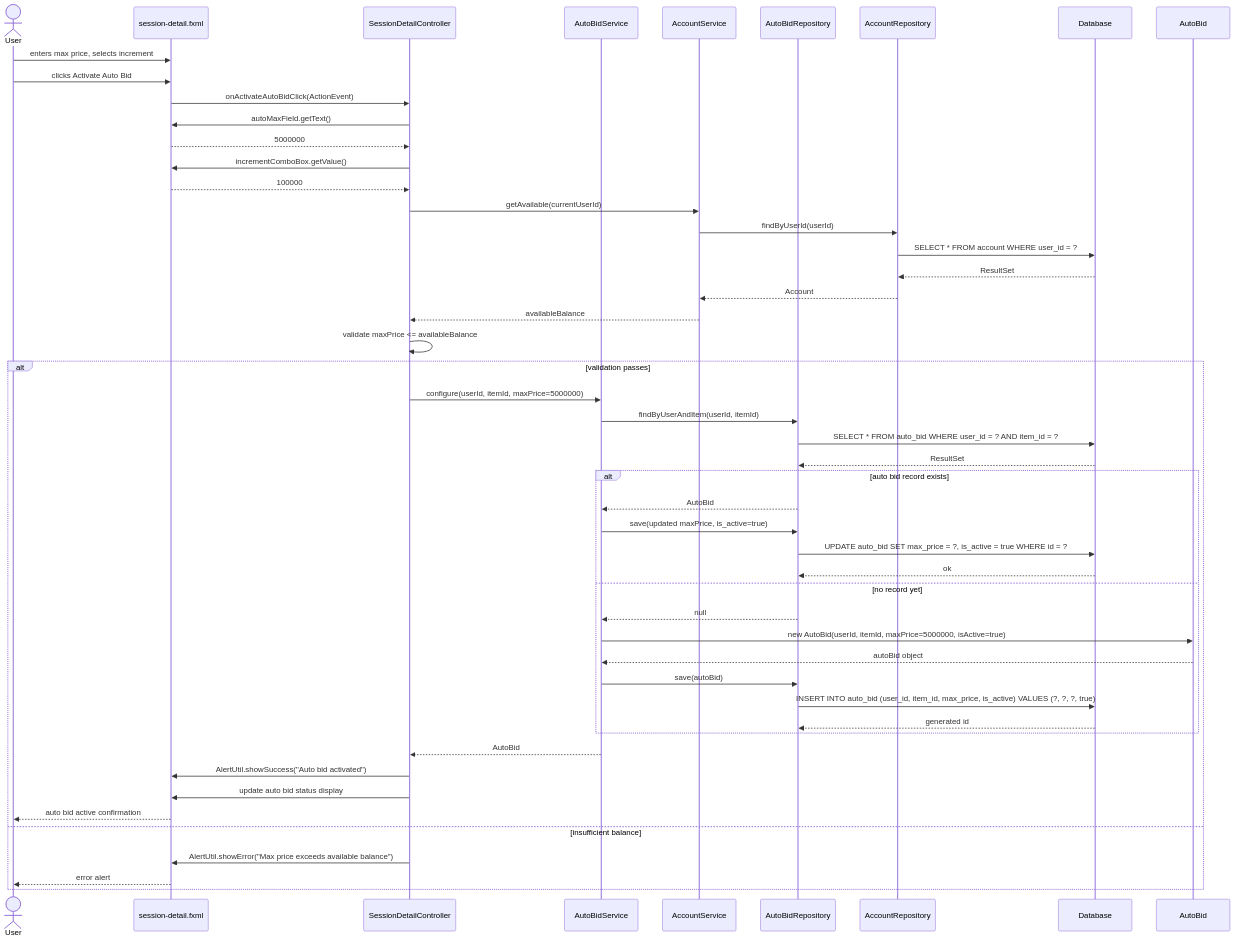
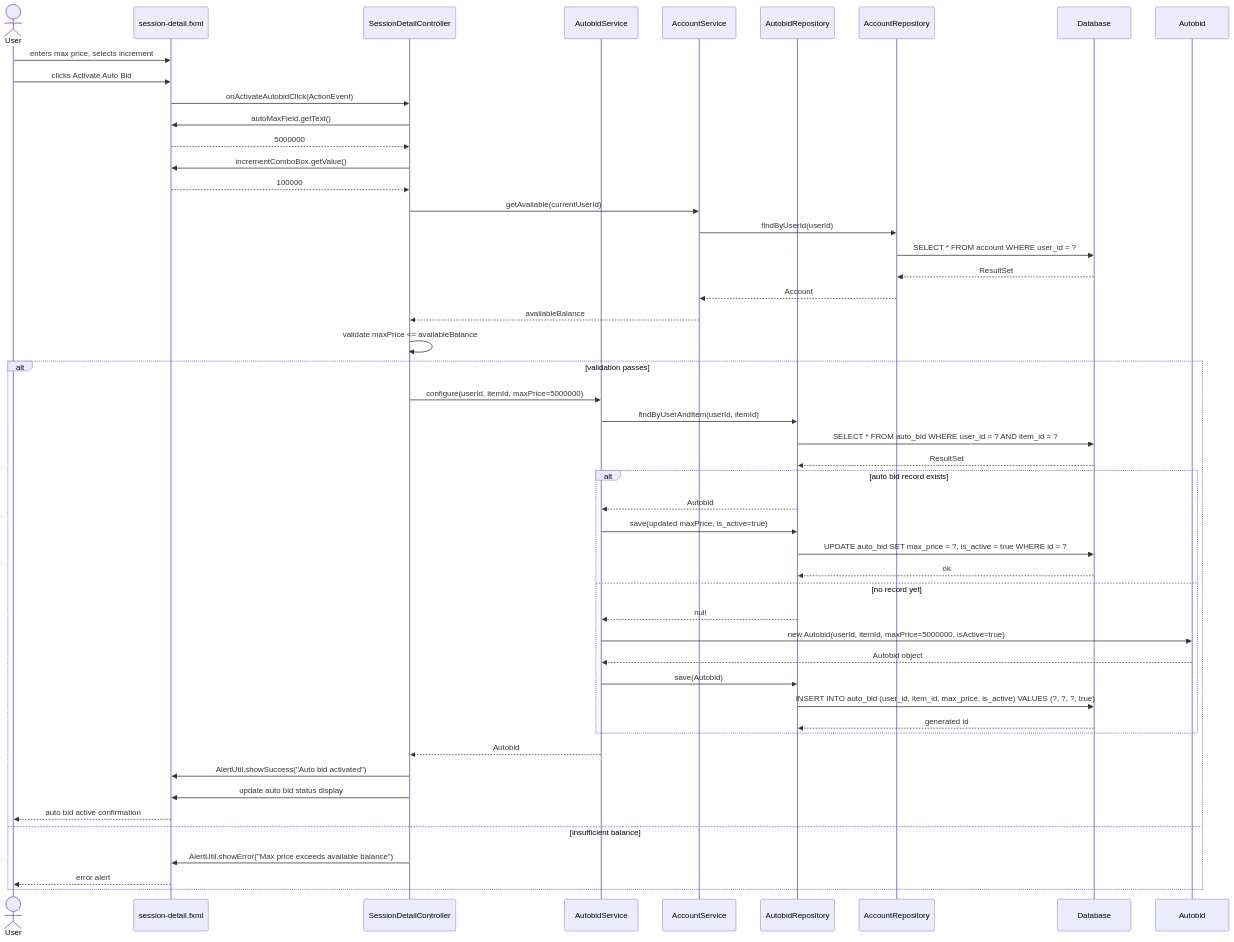
One commit to dung581/HeThongDauGia changed the ninth of 16 diagrams in docs/SEQUENCE_DIAGRAMS.md. Above: the diagram before and after it, drawn with Mermaid. The commit also changed other lines of this file and 8 other files, not shown here.

````diff
--- a/docs/SEQUENCE_DIAGRAMS.md
+++ b/docs/SEQUENCE_DIAGRAMS.md
@@ -502,60 +502,60 @@
 ```mermaid
 sequenceDiagram
     actor User
     participant View as session-detail.fxml
     participant Controller as SessionDetailController
-    participant AutoSvc as AutoBidService
+    participant AutoSvc as AutobidService
     participant AccSvc as AccountService
-    participant AutoRepo as AutoBidRepository
+    participant AutoRepo as AutobidRepository
     participant AccRepo as AccountRepository
     participant DB as Database
-    participant AutoEntity as AutoBid
+    participant AutoEntity as Autobid
 
     User->>View: enters max price, selects increment
     User->>View: clicks Activate Auto Bid
 
-    View->>Controller: onActivateAutoBidClick(ActionEvent)
+    View->>Controller: onActivateAutobidClick(ActionEvent)
     Controller->>View: autoMaxField.getText()
     View-->>Controller: 5000000
     Controller->>View: incrementComboBox.getValue()
     View-->>Controller: 100000
 
     Controller->>AccSvc: getAvailable(currentUserId)
     AccSvc->>AccRepo: findByUserId(userId)
     AccRepo->>DB: SELECT * FROM account WHERE user_id = ?
     DB-->>AccRepo: ResultSet
     AccRepo-->>AccSvc: Account
     AccSvc-->>Controller: availableBalance
 
     Controller->>Controller: validate maxPrice <= availableBalance
 
     alt validation passes
         Controller->>AutoSvc: configure(userId, itemId, maxPrice=5000000)
 
         AutoSvc->>AutoRepo: findByUserAndItem(userId, itemId)
         AutoRepo->>DB: SELECT * FROM auto_bid WHERE user_id = ? AND item_id = ?
         DB-->>AutoRepo: ResultSet
 
         alt auto bid record exists
-            AutoRepo-->>AutoSvc: AutoBid
+            AutoRepo-->>AutoSvc: Autobid
             AutoSvc->>AutoRepo: save(updated maxPrice, is_active=true)
             AutoRepo->>DB: UPDATE auto_bid SET max_price = ?, is_active = true WHERE id = ?
             DB-->>AutoRepo: ok
         else no record yet
             AutoRepo-->>AutoSvc: null
-            AutoSvc->>AutoEntity: new AutoBid(userId, itemId, maxPrice=5000000, isActive=true)
-            AutoEntity-->>AutoSvc: autoBid object
-            AutoSvc->>AutoRepo: save(autoBid)
+            AutoSvc->>AutoEntity: new Autobid(userId, itemId, maxPrice=5000000, isActive=true)
+            AutoEntity-->>AutoSvc: Autobid object
+            AutoSvc->>AutoRepo: save(Autobid)
             AutoRepo->>DB: INSERT INTO auto_bid (user_id, item_id, max_price, is_active) VALUES (?, ?, ?, true)
             DB-->>AutoRepo: generated id
         end
 
-        AutoSvc-->>Controller: AutoBid
+        AutoSvc-->>Controller: Autobid
         Controller->>View: AlertUtil.showSuccess("Auto bid activated")
         Controller->>View: update auto bid status display
         View-->>User: auto bid active confirmation
     else insufficient balance
         Controller->>View: AlertUtil.showError("Max price exceeds available balance")
         View-->>User: error alert
     end
 ```
````
